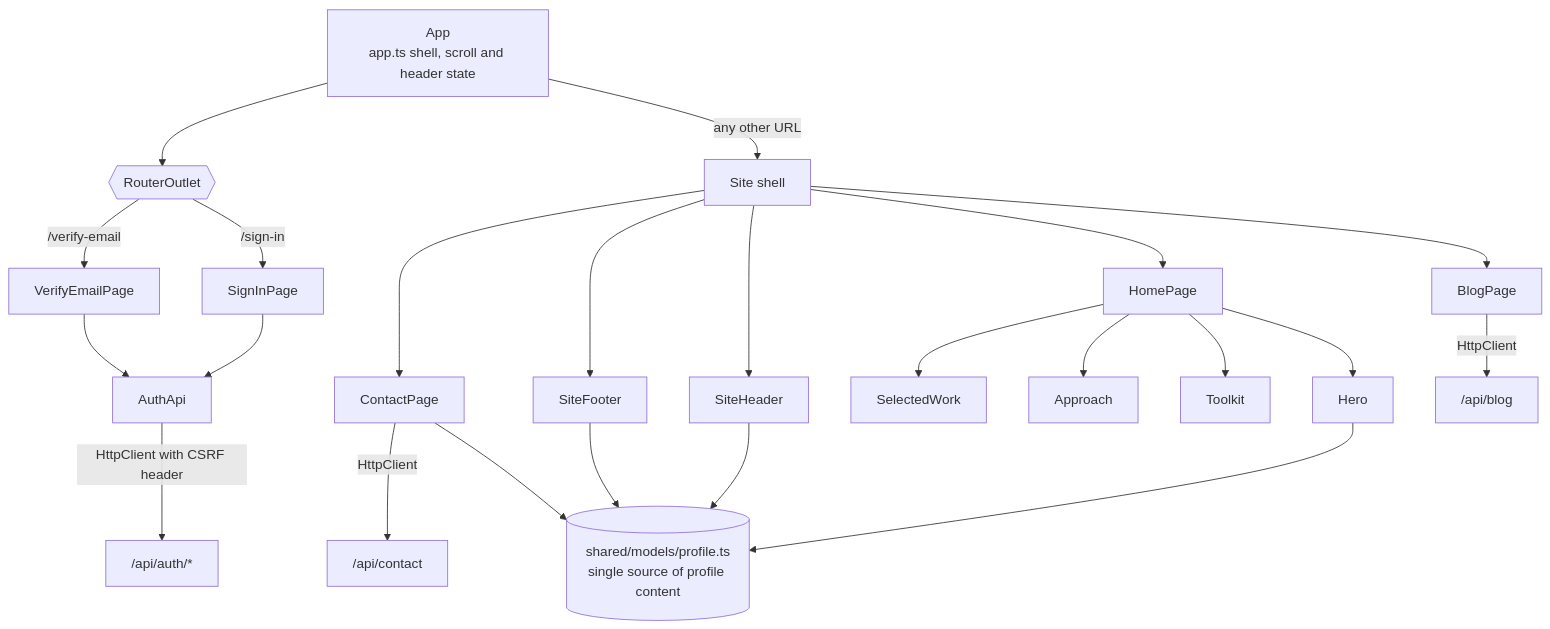
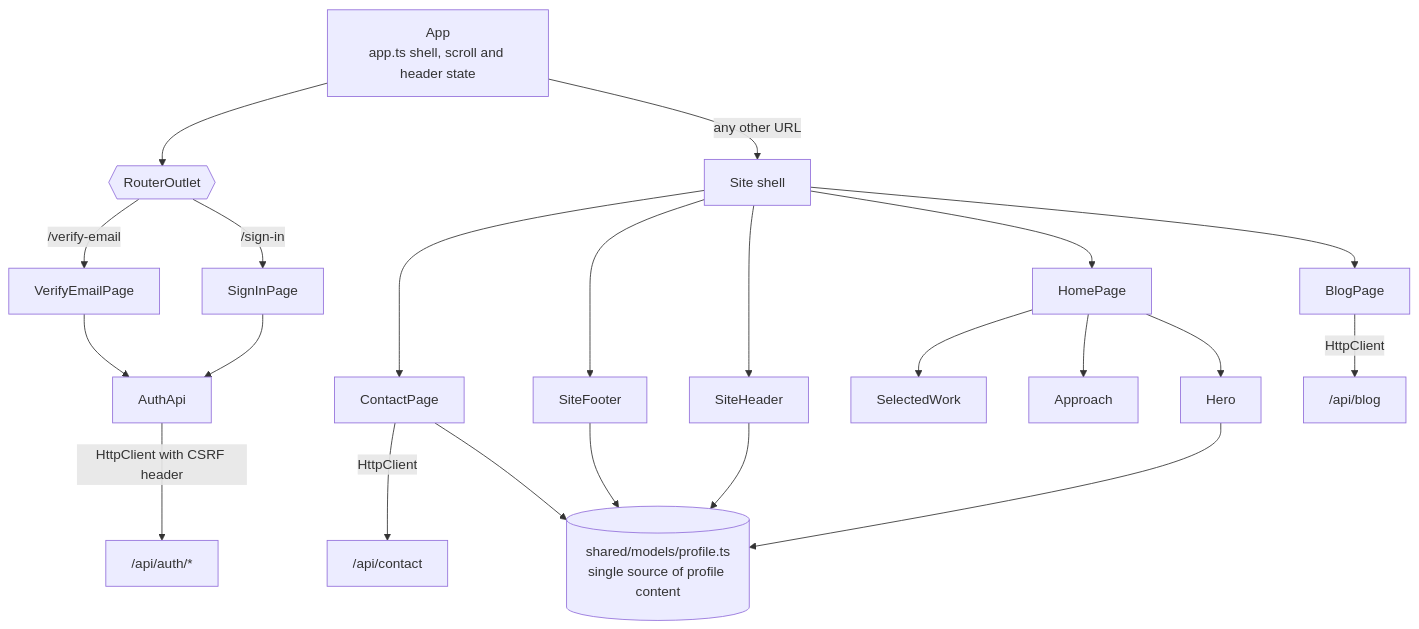
The eighth of 9 diagrams in Docs/architecture.md (GucciVanin/goosevaninWebsite), drawn with Mermaid before and after one commit. The commit also changed other lines of this file and 37 other files, not shown here.

````diff
--- a/Docs/architecture.md
+++ b/Docs/architecture.md
@@ -426,32 +426,31 @@
 ```mermaid
 flowchart TD
     root[App<br/>app.ts shell, scroll and header state]
     router{{RouterOutlet}}
     root --> router
     router -->|/sign-in| signin[SignInPage]
     router -->|/verify-email| verify[VerifyEmailPage]
     root -->|any other URL| shell[Site shell]
 
     shell --> header[SiteHeader]
     shell --> home[HomePage]
     shell --> blog[BlogPage]
     shell --> contact[ContactPage]
     shell --> footer[SiteFooter]
 
     home --> hero[Hero]
     home --> work[SelectedWork]
     home --> approach[Approach]
-    home --> toolkit[Toolkit]
 
     signin --> authapi[AuthApi]
     verify --> authapi
     contact -->|HttpClient| apic["/api/contact"]
     blog -->|HttpClient| apib["/api/blog"]
     authapi -->|HttpClient with CSRF header| apia["/api/auth/*"]
 
     profile[(shared/models/profile.ts<br/>single source of profile content)]
     hero --> profile
     header --> profile
     footer --> profile
     contact --> profile
 ```
````
